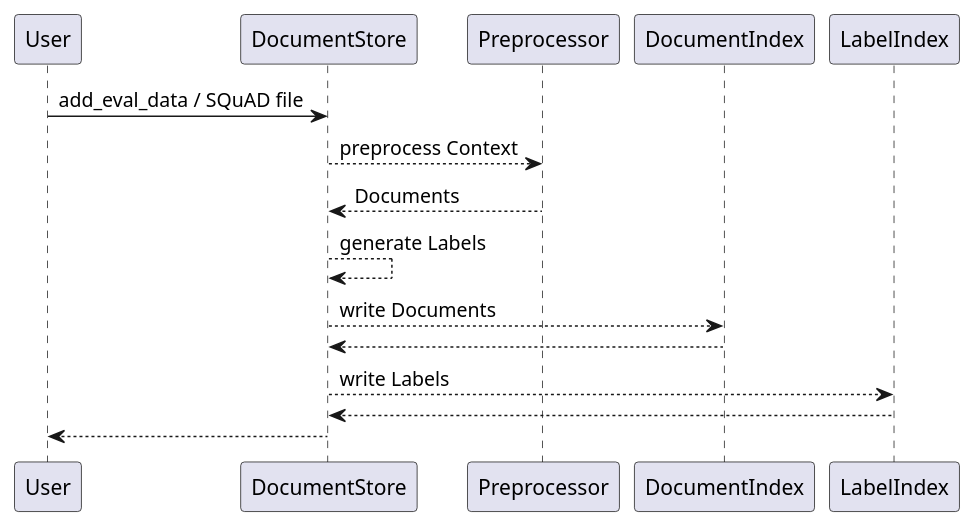
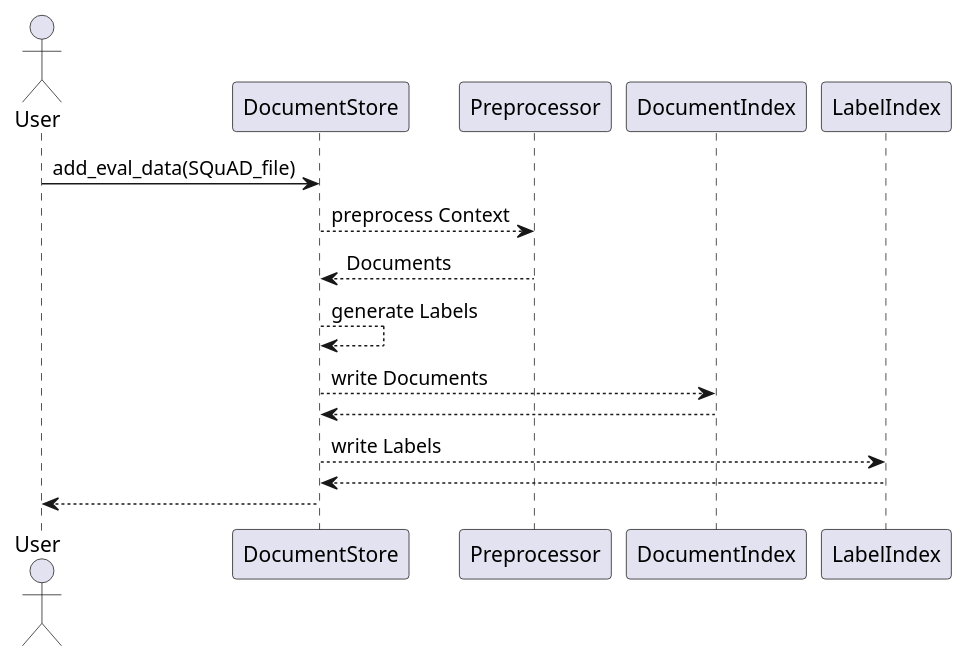
Before and after one commit to tstadel/arc: the diagram in parse_squad_file.iuml, drawn with PlantUML.

```diff
--- a/parse_squad_file.iuml
+++ b/parse_squad_file.iuml
@@ -1,11 +1,12 @@
 @startuml
-User -> DocumentStore: add_eval_data / SQuAD file
+actor User
+User -> DocumentStore: add_eval_data(SQuAD_file)
 DocumentStore --> Preprocessor: preprocess Context
 Preprocessor --> DocumentStore: Documents
 DocumentStore --> DocumentStore: generate Labels
 DocumentStore --> DocumentIndex: write Documents
 DocumentIndex --> DocumentStore
 DocumentStore --> LabelIndex: write Labels
 LabelIndex --> DocumentStore
 DocumentStore --> User
 @enduml
```
